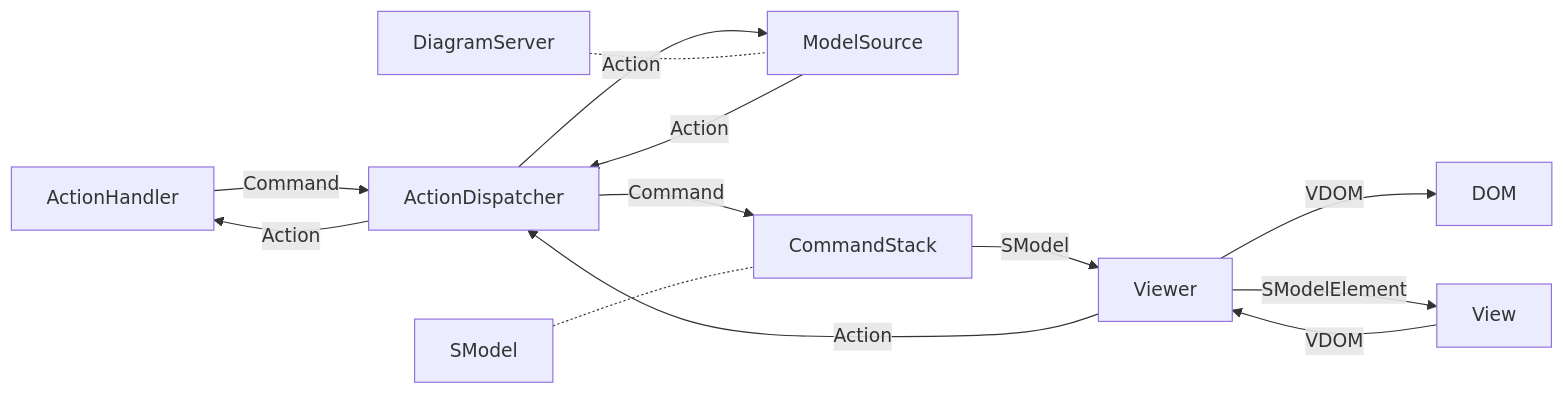
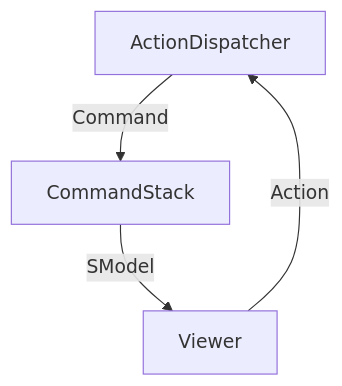
One commit to eclipse-sprotty/sprotty-website changed the first of 4 diagrams in hugo/content/docs/overview.md. Above: the diagram before and after it, drawn with Mermaid. The commit also changed other lines of this file, not shown here.

```diff
--- a/hugo/content/docs/overview.md
+++ b/hugo/content/docs/overview.md
@@ -7,24 +7,9 @@
-{{< mermaid class="text-center" >}}
-flowchart LR;
-ActionHandler
+{{< mermaid class="text-center">}}
+flowchart TD;
 ActionDispatcher
-ModelSource
-DiagramServer
 CommandStack
-SModel
 Viewer
-DOM
-View
-ActionHandler -->|Command| ActionDispatcher
-ActionDispatcher -->|Action| ActionHandler
-ModelSource -->|Action| ActionDispatcher
-ActionDispatcher -->|Action| ModelSource
-DiagramServer -.- ModelSource
 ActionDispatcher -->|Command| CommandStack
-SModel -.- CommandStack
 CommandStack -->|SModel| Viewer
 Viewer -->|Action| ActionDispatcher
-Viewer -->|VDOM| DOM
-View -->|VDOM| Viewer
-Viewer -->|SModelElement| View
-{{< /mermaid >}}
+{{< /mermaid>}}
```
